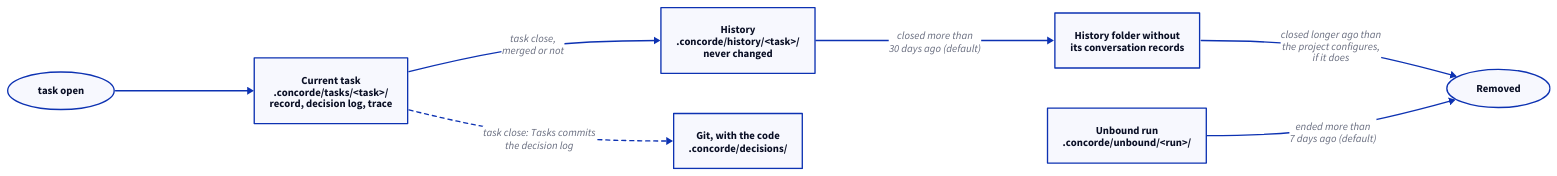
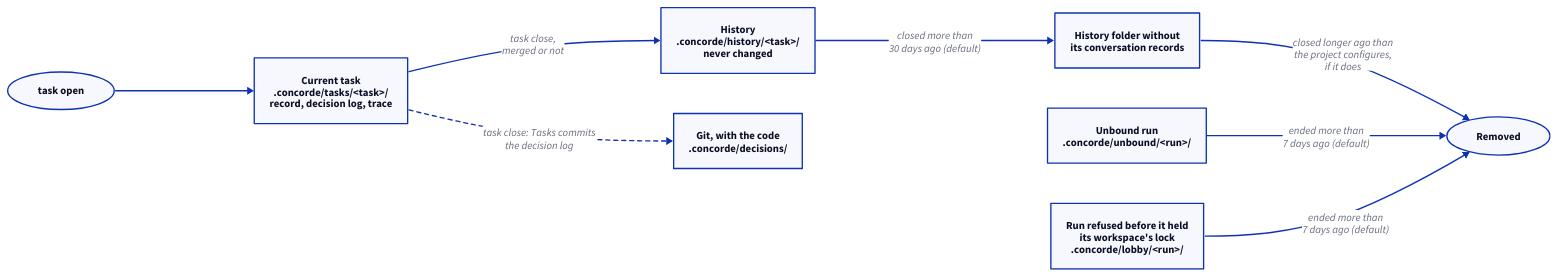
Before and after one commit to FTOD/concorde: the second of 3 diagrams in specs/concorde/tracing/module.md, drawn with D2. The commit also changed other lines of this file and 24 other files, not shown here.

First line of the commit message:
Runs wait in the lobby until they hold the workspace lock

````diff
--- a/specs/concorde/tracing/module.md
+++ b/specs/concorde/tracing/module.md
@@ -102,16 +105,18 @@
 ```d2 illustrative
 direction: right
 open: "task open" {shape: oval}
 current: "Current task\n.concorde/tasks/<task>/\nrecord, decision log, trace"
 history: "History\n.concorde/history/<task>/\nnever changed"
 slim: "History folder without\nits conversation records"
 removed: "Removed" {shape: oval}
 git: "Git, with the code\n.concorde/decisions/"
 unbound: "Unbound run\n.concorde/unbound/<run>/"
+lobby: "Run refused before it held\nits workspace's lock\n.concorde/lobby/<run>/"
 open -> current
 current -> history: "task close,\nmerged or not"
 current -> git: "task close: Tasks commits\nthe decision log" {style.stroke-dash: 3}
 history -> slim: "closed more than\n30 days ago (default)"
 slim -> removed: "closed longer ago than\nthe project configures,\nif it does"
 unbound -> removed: "ended more than\n7 days ago (default)"
+lobby -> removed: "ended more than\n7 days ago (default)"
 ```
````
